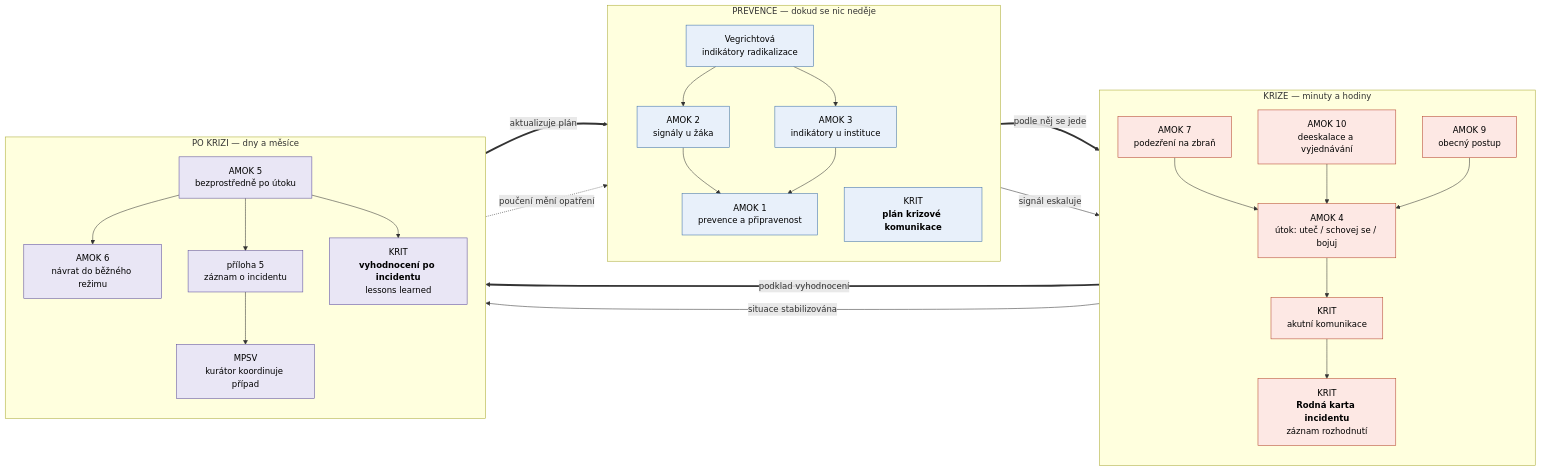
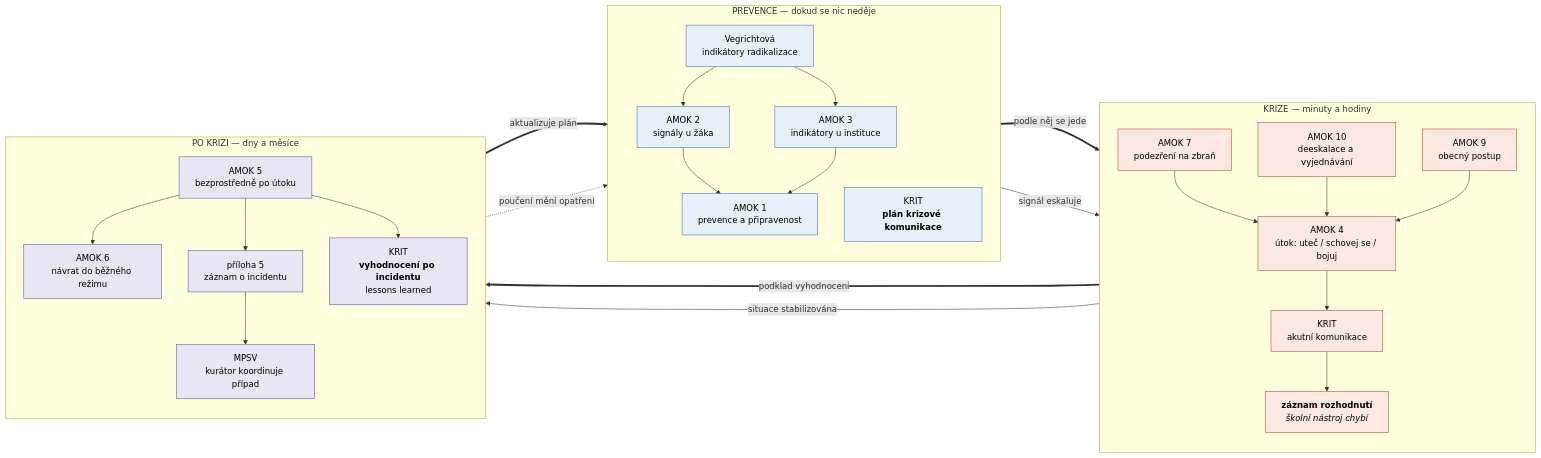
The second of 3 diagrams in dokumentace/provazanost-dat.md (aidetemcz/bezpecna-skola), drawn with Mermaid before and after one commit. The commit also changed other lines of this file and 2 other files, not shown here.

````diff
--- a/dokumentace/provazanost-dat.md
+++ b/dokumentace/provazanost-dat.md
@@ -65,57 +65,57 @@
 ```mermaid
 flowchart LR
     subgraph PREV["PREVENCE — dokud se nic neděje"]
         direction TB
         V1["Vegrichtová<br/>indikátory radikalizace"]
         A2["AMOK 2<br/>signály u žáka"]
         A3["AMOK 3<br/>indikátory u instituce"]
         A1["AMOK 1<br/>prevence a připravenost"]
         KP["KRIT<br/><b>plán krizové komunikace</b>"]
         V1 --> A2
         V1 --> A3
         A2 --> A1
         A3 --> A1
     end
 
     subgraph KRIZE["KRIZE — minuty a hodiny"]
         direction TB
         A7["AMOK 7<br/>podezření na zbraň"]
         A4["AMOK 4<br/>útok: uteč / schovej se / bojuj"]
         A10["AMOK 10<br/>deeskalace a vyjednávání"]
         A9["AMOK 9<br/>obecný postup"]
         KR["KRIT<br/>akutní komunikace"]
-        RKI["KRIT<br/><b>Rodná karta incidentu</b><br/>záznam rozhodnutí"]
+        RKI["<b>záznam rozhodnutí</b><br/><i>školní nástroj chybí</i>"]
         A7 --> A4
         A10 --> A4
         A9 --> A4
         A4 --> KR
         KR --> RKI
     end
 
     subgraph PO["PO KRIZI — dny a měsíce"]
         direction TB
         A5["AMOK 5<br/>bezprostředně po útoku"]
         A6["AMOK 6<br/>návrat do běžného režimu"]
         E5["příloha 5<br/>záznam o incidentu"]
         MP["MPSV<br/>kurátor koordinuje případ"]
         VY["KRIT<br/><b>vyhodnocení po incidentu</b><br/>lessons learned"]
         A5 --> A6
         A5 --> E5
         E5 --> MP
         A5 --> VY
     end
 
     PREV -->|"signál eskaluje"| KRIZE
     KRIZE -->|"situace stabilizována"| PO
     PO -.->|"poučení mění opatření"| PREV
     KP ==>|"podle něj se jede"| RKI
     RKI ==>|"podklad vyhodnocení"| VY
     VY ==>|"aktualizuje plán"| KP
 
     classDef prev fill:#e8f0fa,stroke:#3c6fa8,color:#000
     classDef kriz fill:#fde8e4,stroke:#b5442c,color:#000
     classDef po fill:#e9e6f5,stroke:#5b4c9c,color:#000
     class V1,A2,A3,A1,KP prev
     class A7,A4,A10,A9,KR,RKI kriz
     class A5,A6,E5,MP,VY po
 ```
````
